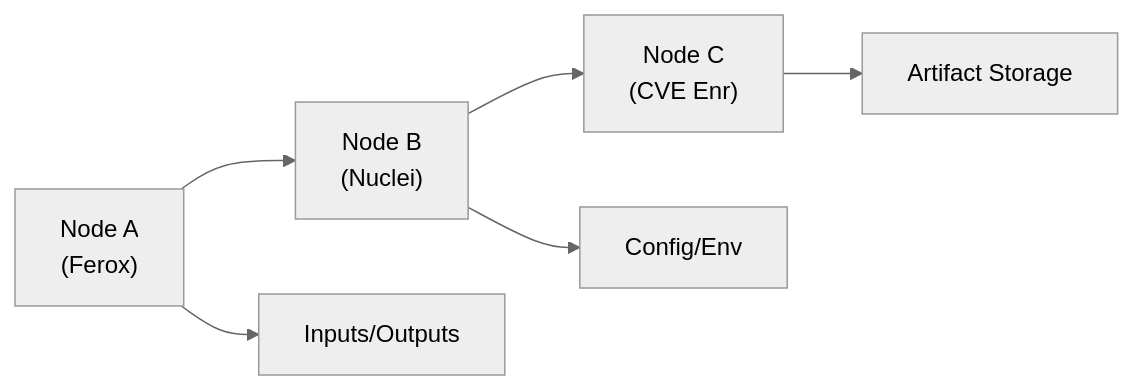
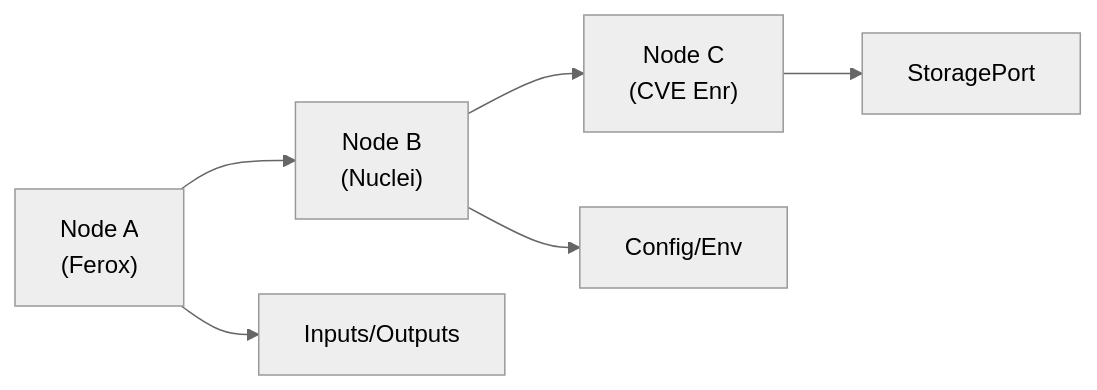
The first of 3 diagrams in docs/architecture/05-orchestration-and-workflow-engine.md (Juhertra/dev), drawn with Mermaid before and after one commit. The commit also changed other lines of this file and 124 other files, not shown here.

````diff
--- a/docs/architecture/05-orchestration-and-workflow-engine.md
+++ b/docs/architecture/05-orchestration-and-workflow-engine.md
@@ -23,16 +27,16 @@
 ```mermaid
 %%{init: {"theme":"neutral"}}%%
 flowchart LR
     A["Node A<br/>(Ferox)"]
     B["Node B<br/>(Nuclei)"]
     C["Node C<br/>(CVE Enr)"]
     D["Inputs/Outputs"]
     E["Config/Env"]
-    F["Artifact Storage"]
+    F["StoragePort"]
     
     A --> B
     B --> C
     A --> D
     B --> E
     C --> F
 ```
````
